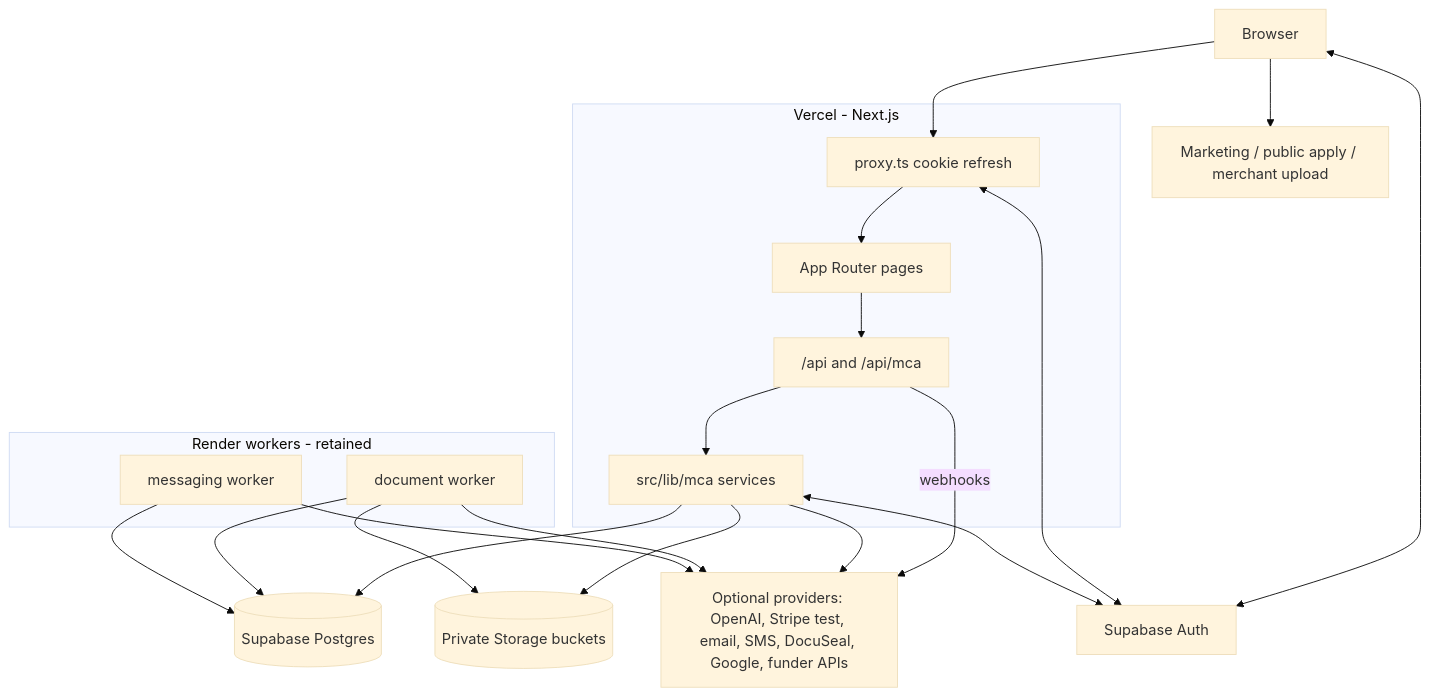
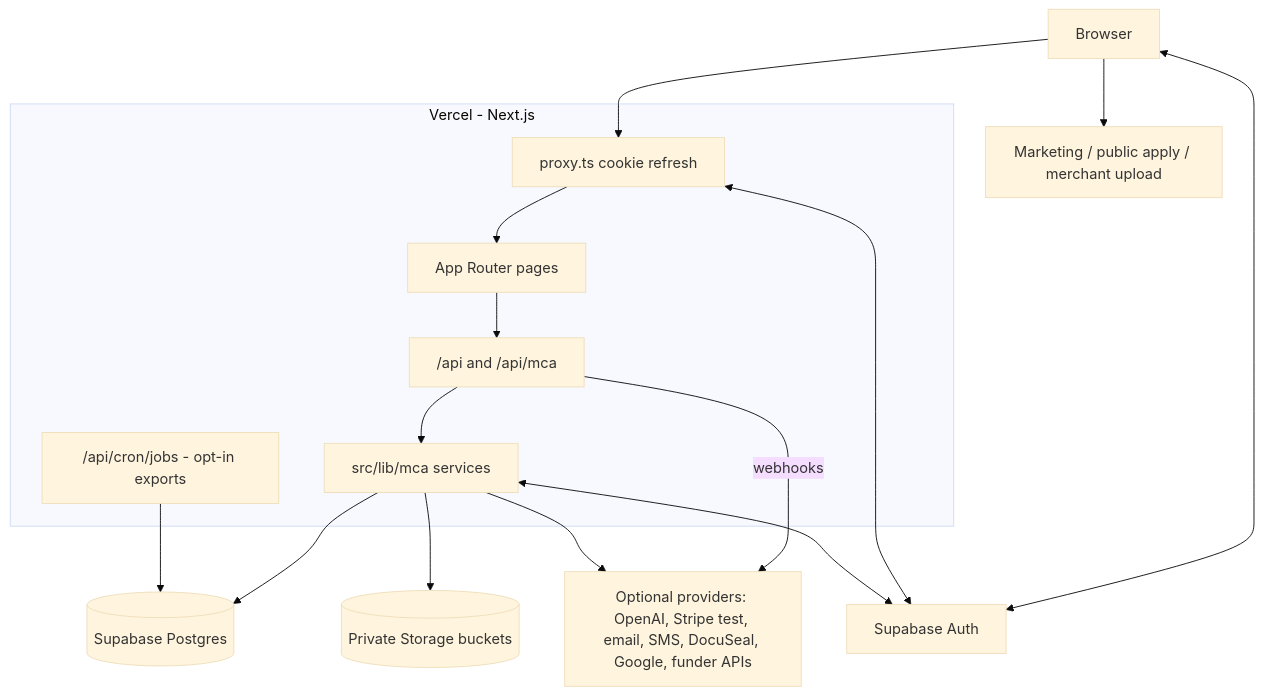
The first of 2 diagrams in ARCHITECTURE.md (mbelenkiy29/fundlane), drawn with Mermaid (base theme) before and after one commit. The commit also changed other lines of this file and 12 other files, not shown here.

````diff
--- a/ARCHITECTURE.md
+++ b/ARCHITECTURE.md
@@ -116,36 +116,29 @@
 ```mermaid
 flowchart TB
   B[Browser]
   M[Marketing / public apply / merchant upload]
   A[Supabase Auth]
   subgraph V[Vercel - Next.js]
     P[proxy.ts cookie refresh]
     UI[App Router pages]
     API["/api and /api/mca"]
+    CRON["/api/cron/jobs - opt-in exports"]
     SVC["src/lib/mca services"]
     P --> UI
     UI --> API
     API --> SVC
   end
   DB[(Supabase Postgres)]
   ST[(Private Storage buckets)]
-  subgraph R[Render workers - retained]
-    DW[document worker]
-    MW[messaging worker]
-  end
   EXT[Optional providers: OpenAI, Stripe test, email, SMS, DocuSeal, Google, funder APIs]
   B --> P
   B --> M
   B <--> A
   P <--> A
   SVC <--> A
   SVC --> DB
   SVC --> ST
-  DW --> DB
-  DW --> ST
-  MW --> DB
+  CRON --> DB
   API -->|webhooks| EXT
   SVC --> EXT
-  DW --> EXT
-  MW --> EXT
 ```
````
